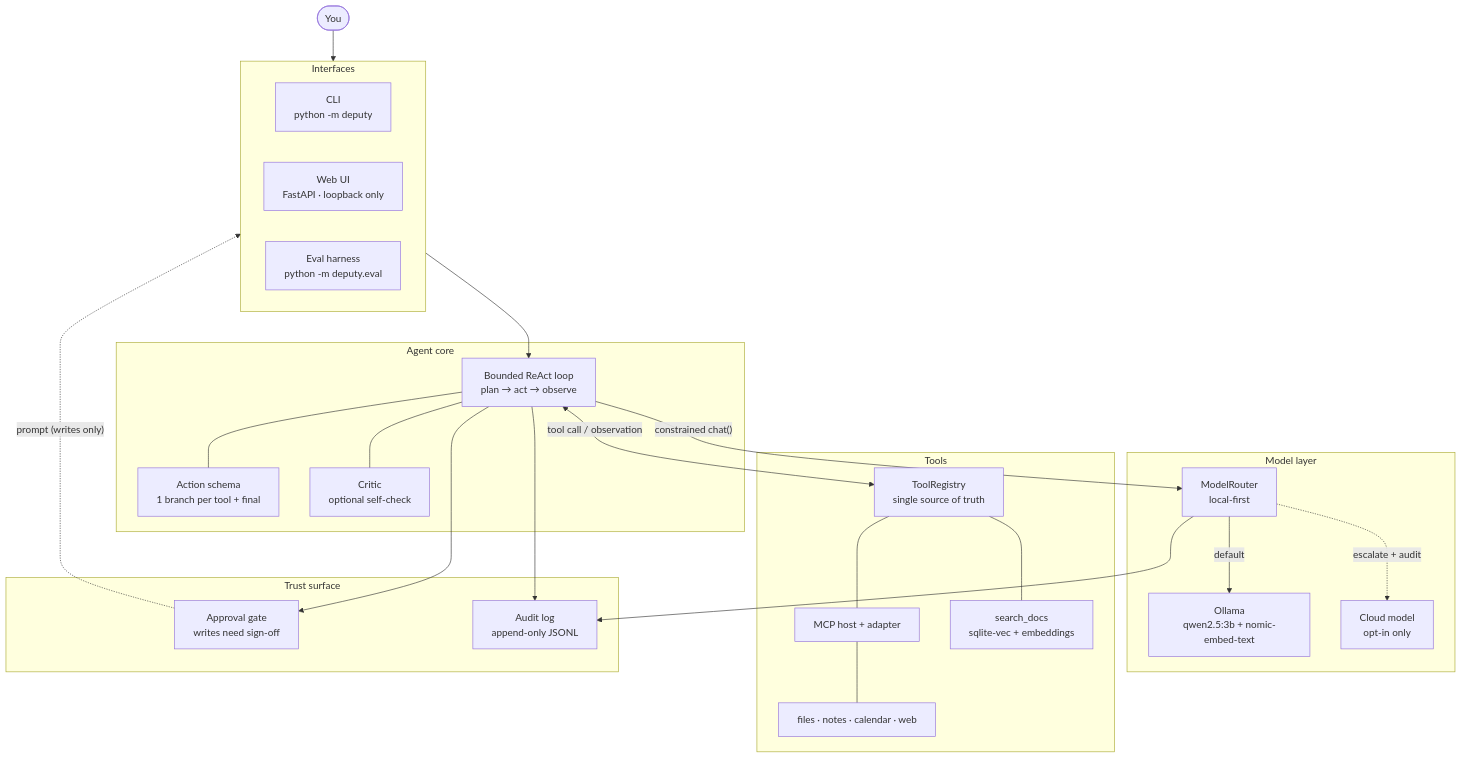
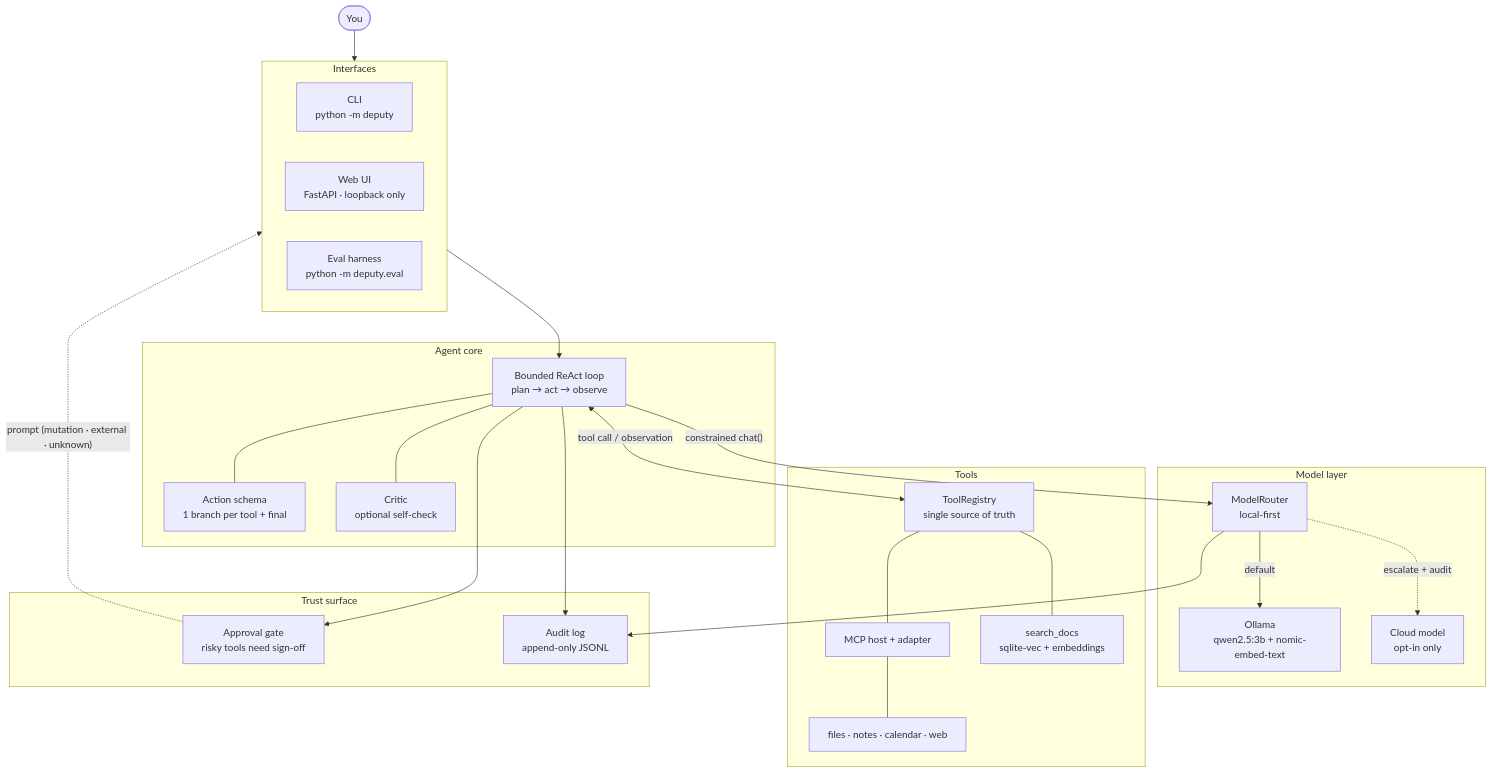
The diagram in README.md (BhavyaV29/deputy-agent), drawn with Mermaid before and after one commit. The commit also changed other lines of this file and 28 other files, not shown here.

````diff
--- a/README.md
+++ b/README.md
@@ -69,48 +70,48 @@
 ```mermaid
 flowchart TD
     User([You]) --> IF
 
     subgraph IF[Interfaces]
         CLI["CLI<br/>python -m deputy"]
         WEB["Web UI<br/>FastAPI · loopback only"]
         EVAL["Eval harness<br/>python -m deputy.eval"]
     end
 
     IF --> LOOP
 
     subgraph CORE[Agent core]
         LOOP["Bounded ReAct loop<br/>plan → act → observe"]
         SCHEMA["Action schema<br/>1 branch per tool + final"]
         CRITIC["Critic<br/>optional self-check"]
         LOOP --- SCHEMA
         LOOP --- CRITIC
     end
 
     LOOP -->|"constrained chat()"| ROUTER
     subgraph MODEL[Model layer]
         ROUTER["ModelRouter<br/>local-first"]
         OLLAMA["Ollama<br/>qwen2.5:3b + nomic-embed-text"]
         CLOUD["Cloud model<br/>opt-in only"]
         ROUTER -->|default| OLLAMA
         ROUTER -.->|"escalate + audit"| CLOUD
     end
 
     LOOP <-->|"tool call / observation"| REG
     subgraph TOOLS[Tools]
         REG["ToolRegistry<br/>single source of truth"]
         MCP["MCP host + adapter"]
         SRV["files · notes · calendar · web"]
         RAG["search_docs<br/>sqlite-vec + embeddings"]
         REG --- MCP --- SRV
         REG --- RAG
     end
 
     LOOP --> GATE
     subgraph TRUST[Trust surface]
-        GATE["Approval gate<br/>writes need sign-off"]
+        GATE["Approval gate<br/>risky tools need sign-off"]
         AUDIT["Audit log<br/>append-only JSONL"]
     end
-    GATE -.->|"prompt (writes only)"| IF
+    GATE -.->|"prompt (mutation · external · unknown)"| IF
     LOOP --> AUDIT
     ROUTER --> AUDIT
 ```
````
